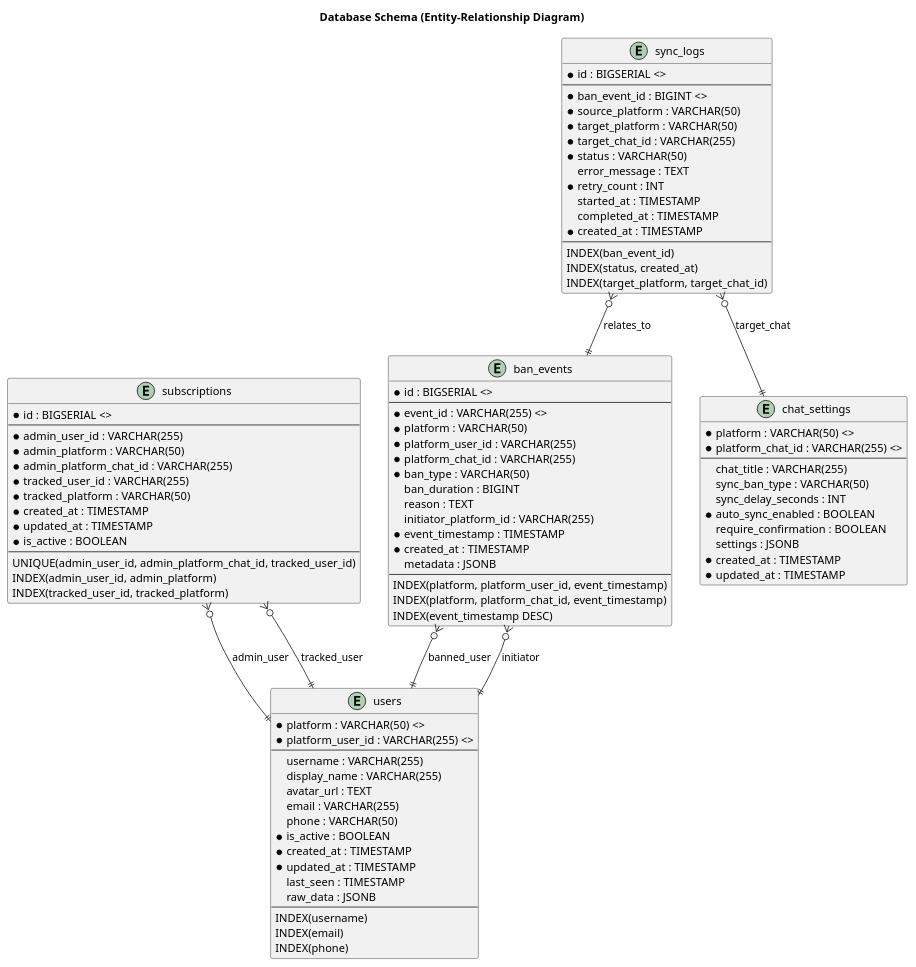
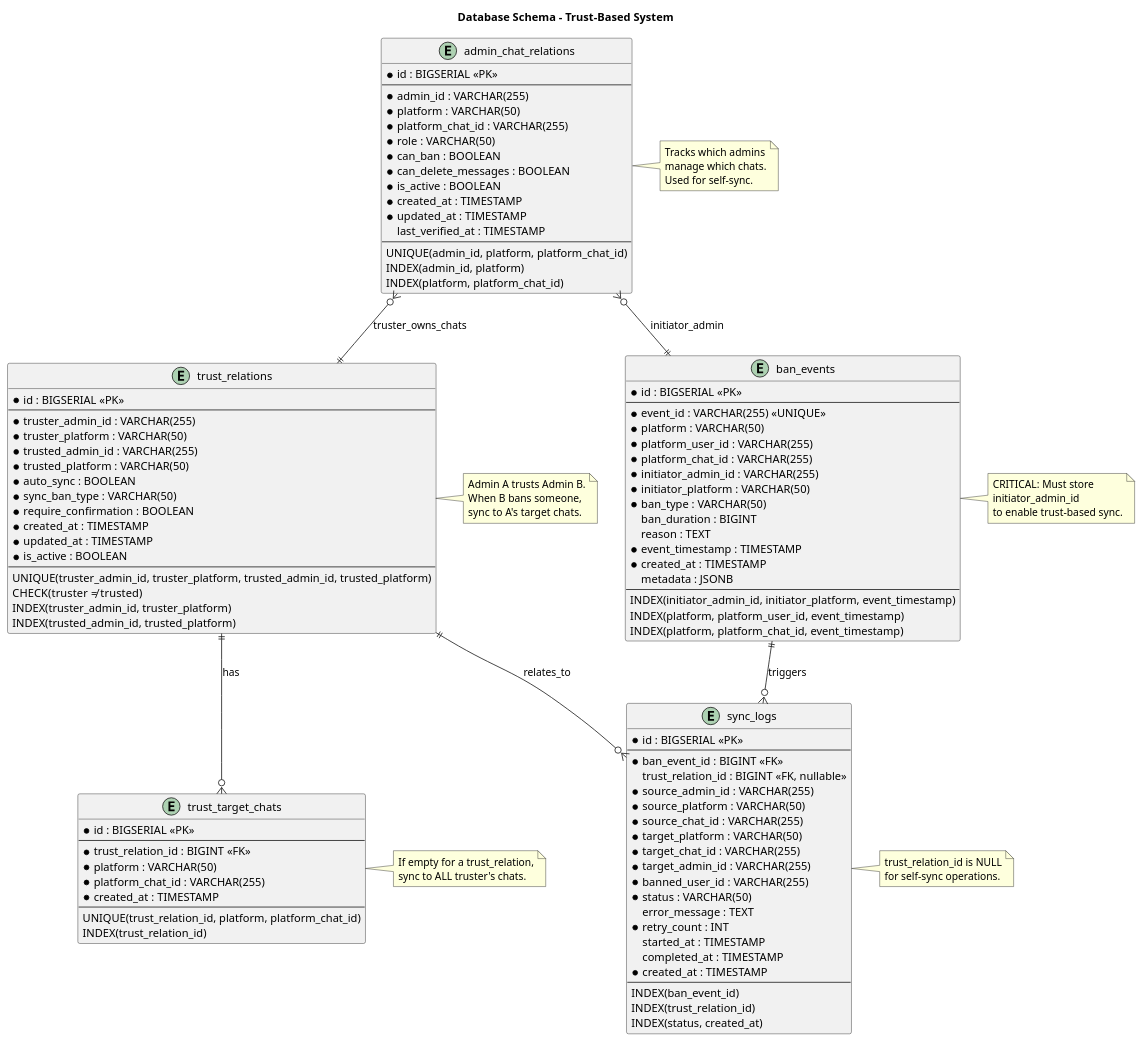
The diagram in database.puml (Eelyousha/dozor-service), drawn with PlantUML before and after one commit. The commit also changed 13 other files, not shown here.

Commit message:
Updated architecture

```diff
--- a/database.puml
+++ b/database.puml
@@ -1,101 +1,134 @@
 @startuml
-title Database Schema (Entity-Relationship Diagram)
+title Database Schema - Trust-Based System
 
-entity "subscriptions" {
-    * id : BIGSERIAL <>
+entity "trust_relations" {
+    * id : BIGSERIAL <<PK>>
     --
-    * admin_user_id : VARCHAR(255)
-    * admin_platform : VARCHAR(50)
-    * admin_platform_chat_id : VARCHAR(255)
-    * tracked_user_id : VARCHAR(255)
-    * tracked_platform : VARCHAR(50)
+    * truster_admin_id : VARCHAR(255)
+    * truster_platform : VARCHAR(50)
+    * trusted_admin_id : VARCHAR(255)
+    * trusted_platform : VARCHAR(50)
+    * auto_sync : BOOLEAN
+    * sync_ban_type : VARCHAR(50)
+    * require_confirmation : BOOLEAN
     * created_at : TIMESTAMP
     * updated_at : TIMESTAMP
     * is_active : BOOLEAN
     --
-    UNIQUE(admin_user_id, admin_platform_chat_id, tracked_user_id)
-    INDEX(admin_user_id, admin_platform)
-    INDEX(tracked_user_id, tracked_platform)
+    UNIQUE(truster_admin_id, truster_platform, trusted_admin_id, trusted_platform)
+    CHECK(truster ≠ trusted)
+    INDEX(truster_admin_id, truster_platform)
+    INDEX(trusted_admin_id, trusted_platform)
+}
+
+entity "trust_target_chats" {
+    * id : BIGSERIAL <<PK>>
+    --
+    * trust_relation_id : BIGINT <<FK>>
+    * platform : VARCHAR(50)
+    * platform_chat_id : VARCHAR(255)
+    * created_at : TIMESTAMP
+    --
+    UNIQUE(trust_relation_id, platform, platform_chat_id)
+    INDEX(trust_relation_id)
+}
+
+entity "admin_chat_relations" {
+    * id : BIGSERIAL <<PK>>
+    --
+    * admin_id : VARCHAR(255)
+    * platform : VARCHAR(50)
+    * platform_chat_id : VARCHAR(255)
+    * role : VARCHAR(50)
+    * can_ban : BOOLEAN
+    * can_delete_messages : BOOLEAN
+    * is_active : BOOLEAN
+    * created_at : TIMESTAMP
+    * updated_at : TIMESTAMP
+    last_verified_at : TIMESTAMP
+    --
+    UNIQUE(admin_id, platform, platform_chat_id)
+    INDEX(admin_id, platform)
+    INDEX(platform, platform_chat_id)
 }
 
 entity "ban_events" {
-    * id : BIGSERIAL <>
+    * id : BIGSERIAL <<PK>>
     --
-    * event_id : VARCHAR(255) <>
+    * event_id : VARCHAR(255) <<UNIQUE>>
     * platform : VARCHAR(50)
     * platform_user_id : VARCHAR(255)
     * platform_chat_id : VARCHAR(255)
+    * initiator_admin_id : VARCHAR(255)
+    * initiator_platform : VARCHAR(50)
     * ban_type : VARCHAR(50)
     ban_duration : BIGINT
     reason : TEXT
-    initiator_platform_id : VARCHAR(255)
     * event_timestamp : TIMESTAMP
     * created_at : TIMESTAMP
     metadata : JSONB
     --
+    INDEX(initiator_admin_id, initiator_platform, event_timestamp)
     INDEX(platform, platform_user_id, event_timestamp)
     INDEX(platform, platform_chat_id, event_timestamp)
-    INDEX(event_timestamp DESC)
 }
 
 entity "sync_logs" {
-    * id : BIGSERIAL <>
+    * id : BIGSERIAL <<PK>>
     --
-    * ban_event_id : BIGINT <>
+    * ban_event_id : BIGINT <<FK>>
+    trust_relation_id : BIGINT <<FK, nullable>>
+    * source_admin_id : VARCHAR(255)
     * source_platform : VARCHAR(50)
+    * source_chat_id : VARCHAR(255)
     * target_platform : VARCHAR(50)
     * target_chat_id : VARCHAR(255)
+    * target_admin_id : VARCHAR(255)
+    * banned_user_id : VARCHAR(255)
     * status : VARCHAR(50)
     error_message : TEXT
     * retry_count : INT
     started_at : TIMESTAMP
     completed_at : TIMESTAMP
     * created_at : TIMESTAMP
     --
     INDEX(ban_event_id)
+    INDEX(trust_relation_id)
     INDEX(status, created_at)
-    INDEX(target_platform, target_chat_id)
 }
 
-entity "users" {
-    * platform : VARCHAR(50) <>
-    * platform_user_id : VARCHAR(255) <>
-    --
-    username : VARCHAR(255)
-    display_name : VARCHAR(255)
-    avatar_url : TEXT
-    email : VARCHAR(255)
-    phone : VARCHAR(50)
-    * is_active : BOOLEAN
-    * created_at : TIMESTAMP
-    * updated_at : TIMESTAMP
-    last_seen : TIMESTAMP
-    raw_data : JSONB
-    --
-    INDEX(username)
-    INDEX(email)
-    INDEX(phone)
-}
+trust_relations ||--o{ trust_target_chats : has
+ban_events ||--o{ sync_logs : triggers
+trust_relations ||--o{ sync_logs : relates_to
+admin_chat_relations }o--|| trust_relations : truster_owns_chats
+admin_chat_relations }o--|| ban_events : initiator_admin
 
-entity "chat_settings" {
-    * platform : VARCHAR(50) <>
-    * platform_chat_id : VARCHAR(255) <>
-    --
-    chat_title : VARCHAR(255)
-    sync_ban_type : VARCHAR(50)
-    sync_delay_seconds : INT
-    * auto_sync_enabled : BOOLEAN
-    require_confirmation : BOOLEAN
-    settings : JSONB
-    * created_at : TIMESTAMP
-    * updated_at : TIMESTAMP
-}
+note right of trust_relations
+  Admin A trusts Admin B.
+  When B bans someone,
+  sync to A's target chats.
+end note
 
-subscriptions }o--|| users : admin_user
-subscriptions }o--|| users : tracked_user
-ban_events }o--|| users : banned_user
-ban_events }o--|| users : initiator
-sync_logs }o--|| ban_events : relates_to
-sync_logs }o--|| chat_settings : target_chat
+note right of trust_target_chats
+  If empty for a trust_relation,
+  sync to ALL truster's chats.
+end note
+
+note right of admin_chat_relations
+  Tracks which admins
+  manage which chats.
+  Used for self-sync.
+end note
+
+note right of ban_events
+  CRITICAL: Must store
+  initiator_admin_id
+  to enable trust-based sync.
+end note
+
+note right of sync_logs
+  trust_relation_id is NULL
+  for self-sync operations.
+end note
 
 @enduml
```
